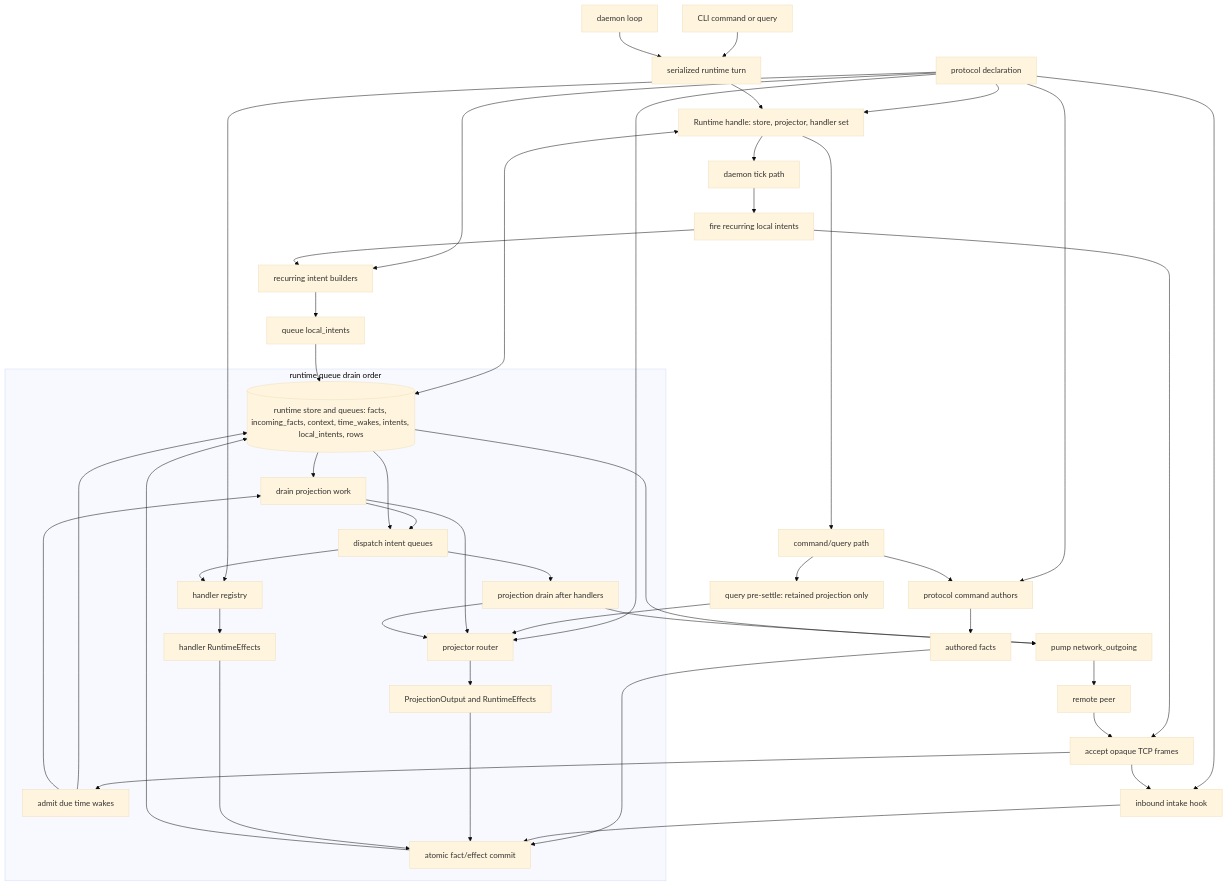
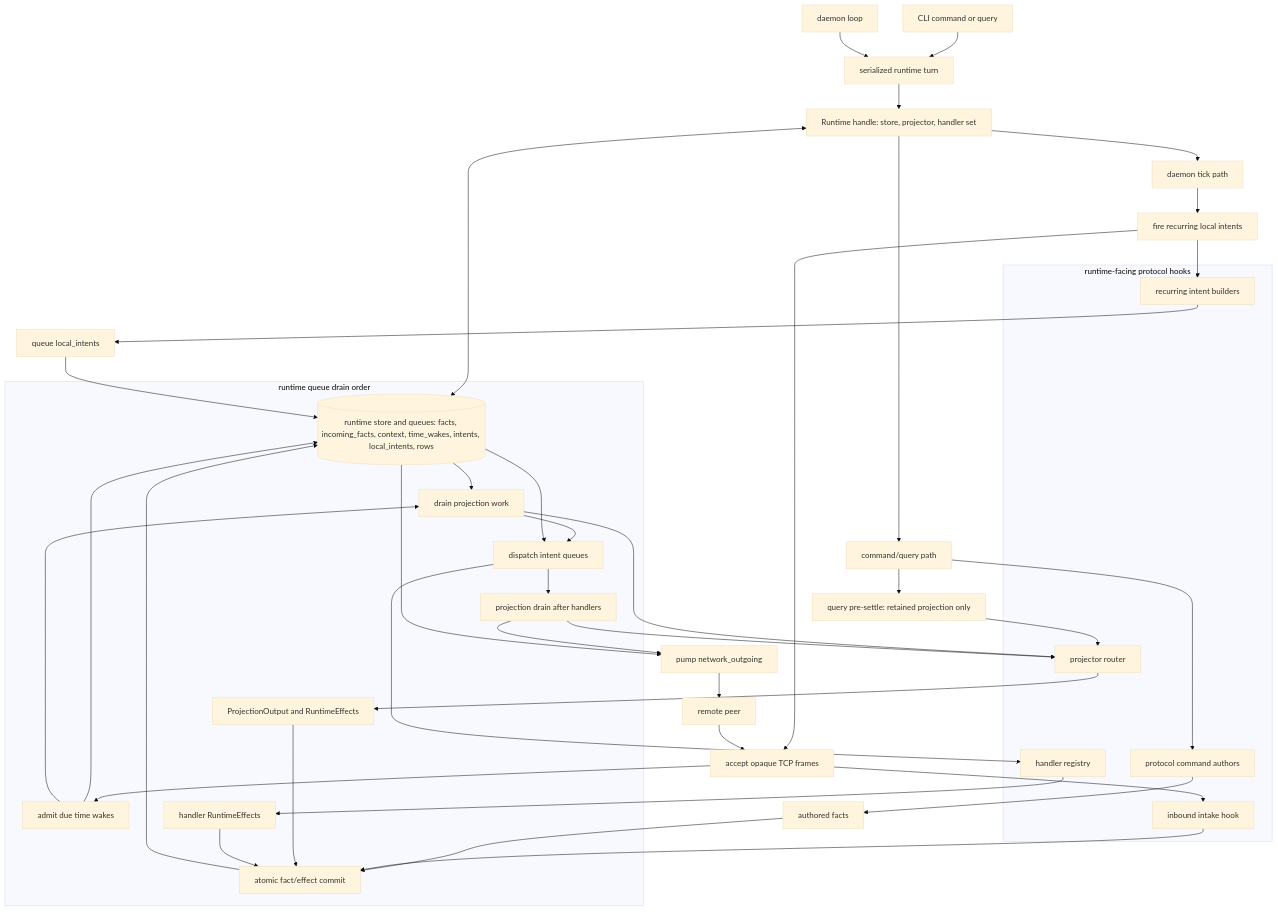
The first of 5 diagrams in ARCHITECTURE_DIAGRAMS.md (holmesworcester/poc-10), drawn with Mermaid (base theme) before and after one commit. The commit also changed other lines of this file and 1 other file, not shown here.

Commit message:
Remove declaration node from runtime diagram

````diff
--- a/ARCHITECTURE_DIAGRAMS.md
+++ b/ARCHITECTURE_DIAGRAMS.md
@@ -16,55 +16,56 @@
 ```mermaid
 %%{init: {"flowchart": {"wrappingWidth": 320}} }%%
 flowchart TD
-    DECL["protocol declaration"] --> RUNTIME["Runtime handle: store, projector, handler set"]
-    DECL --> COMMANDS["protocol command authors"]
-    DECL --> INTAKE["inbound intake hook"]
-    DECL --> PROJECTOR["projector router"]
-    DECL --> HANDLERS["handler registry"]
-    DECL --> RECURRING["recurring intent builders"]
-
     CLI["CLI command or query"] --> TURN["serialized runtime turn"]
     DAEMON["daemon loop"] --> TURN
-    TURN --> RUNTIME
+    TURN --> RUNTIME["Runtime handle: store, projector, handler set"]
 
     RUNTIME <--> STORE[("runtime store and queues: facts, incoming_facts, context, time_wakes, intents, local_intents, rows")]
+
+    subgraph HOOKS["runtime-facing protocol hooks"]
+      COMMANDS["protocol command authors"]
+      INTAKE["inbound intake hook"]
+      PROJECTOR["projector router"]
+      HANDLERS["handler registry"]
+      RECURRING["recurring intent builders"]
+    end
 
     RUNTIME --> COMMAND_PATH["command/query path"]
     COMMAND_PATH --> COMMANDS
     COMMANDS --> COMMAND_FACTS["authored facts"]
     COMMAND_FACTS --> COMMIT["atomic fact/effect commit"]
     COMMAND_PATH --> PREQUERY["query pre-settle: retained projection only"]
     PREQUERY --> PROJECTOR
 
     RUNTIME --> DAEMON_PATH["daemon tick path"]
     DAEMON_PATH --> FIRE["fire recurring local intents"]
     FIRE --> RECURRING
     RECURRING --> LOCAL_QUEUE["queue local_intents"]
     LOCAL_QUEUE --> STORE
     FIRE --> NET_IN["accept opaque TCP frames"]
     NET_IN --> INTAKE
     INTAKE --> COMMIT
     NET_IN --> TIME["admit due time wakes"]
     TIME --> STORE
 
     subgraph DRAIN["runtime queue drain order"]
       TIME --> PROJECTION_A["drain projection work"]
       STORE --> PROJECTION_A
       PROJECTION_A --> PROJECTOR
       PROJECTOR --> PROJECTION_OUT["ProjectionOutput and RuntimeEffects"]
       PROJECTION_OUT --> COMMIT
       PROJECTION_A --> DISPATCH["dispatch intent queues"]
       STORE --> DISPATCH
       DISPATCH --> HANDLERS
       HANDLERS --> HANDLER_OUT["handler RuntimeEffects"]
       HANDLER_OUT --> COMMIT
       DISPATCH --> PROJECTION_B["projection drain after handlers"]
       PROJECTION_B --> PROJECTOR
     end
 
     COMMIT --> STORE
     PROJECTION_B --> NET_OUT["pump network_outgoing"]
     STORE --> NET_OUT
     NET_OUT --> PEER["remote peer"]
     PEER --> NET_IN
 ```
````
